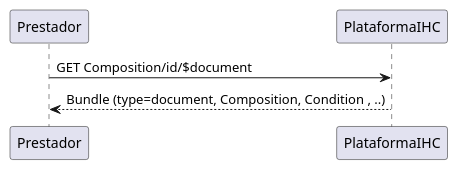
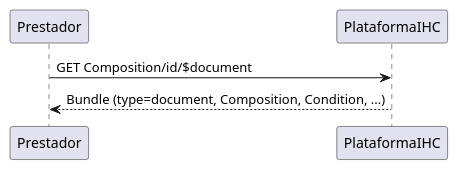
The diagram in input/images-source/RecuperarDoc.plantuml (cens-chile/IG-ihce-co), drawn with PlantUML before and after one commit. The commit also changed 9 other files, not shown here.

```diff
--- a/input/images-source/RecuperarDoc.plantuml
+++ b/input/images-source/RecuperarDoc.plantuml
@@ -1,5 +1,5 @@
 @startuml
 Prestador -> PlataformaIHC: GET Composition/id/$document
-PlataformaIHC --> Prestador: Bundle (type=document, Composition, Condition , ..)
+PlataformaIHC --> Prestador: Bundle (type=document, Composition, Condition, ...)
 
 @enduml
```
